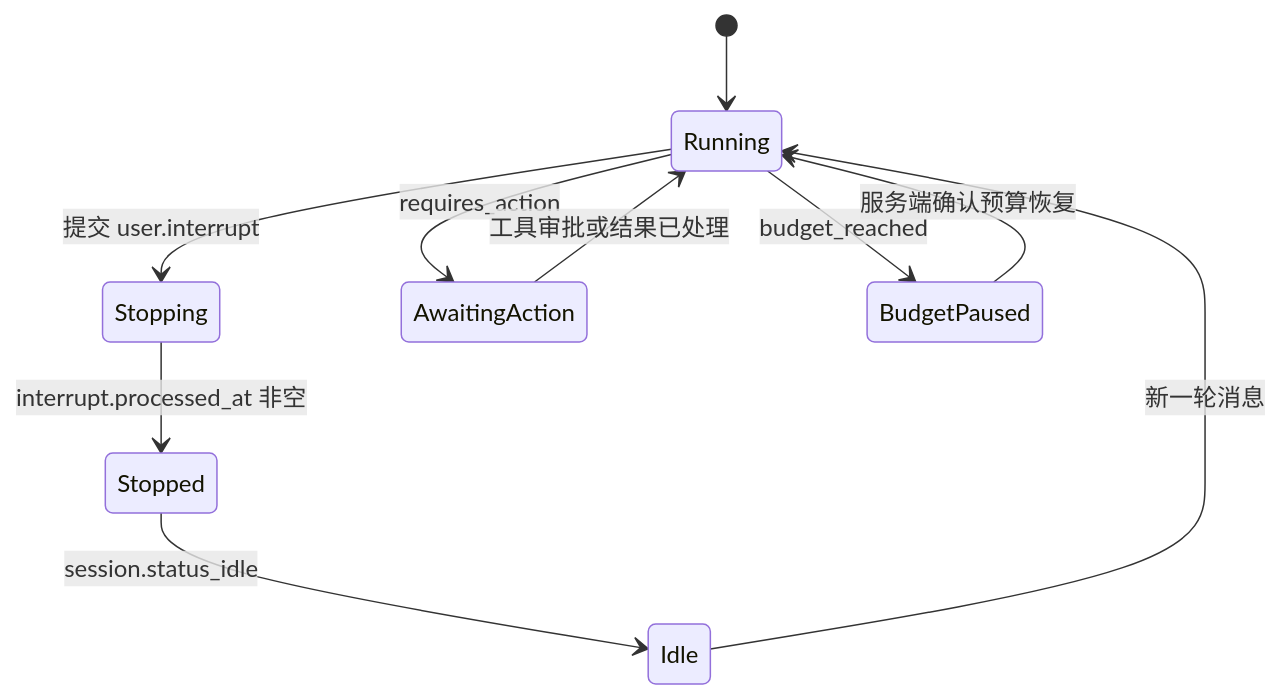
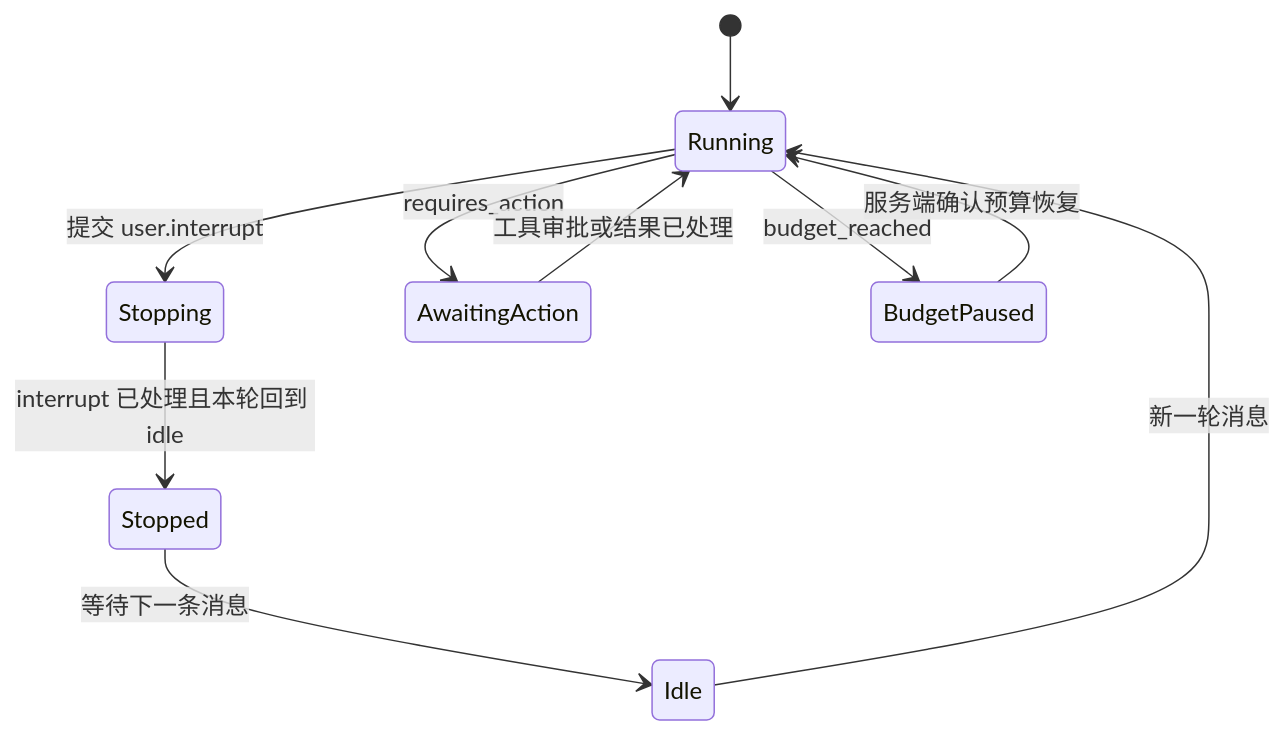
The second of 2 diagrams in docs/design/fe/sessions/session-conversation-workspace.md (superduck-ai/open-managed-agents), drawn with Mermaid before and after one commit. The commit also changed other lines of this file and 7 other files, not shown here.

````diff
--- a/docs/design/fe/sessions/session-conversation-workspace.md
+++ b/docs/design/fe/sessions/session-conversation-workspace.md
@@ -131,12 +131,12 @@
 ```mermaid
 stateDiagram-v2
   [*] --> Running
   Running --> Stopping: 提交 user.interrupt
-  Stopping --> Stopped: interrupt.processed_at 非空
-  Stopped --> Idle: session.status_idle
+  Stopping --> Stopped: interrupt 已处理且本轮回到 idle
+  Stopped --> Idle: 等待下一条消息
   Running --> AwaitingAction: requires_action
   Running --> BudgetPaused: budget_reached
   AwaitingAction --> Running: 工具审批或结果已处理
   BudgetPaused --> Running: 服务端确认预算恢复
   Idle --> Running: 新一轮消息
 ```
````
